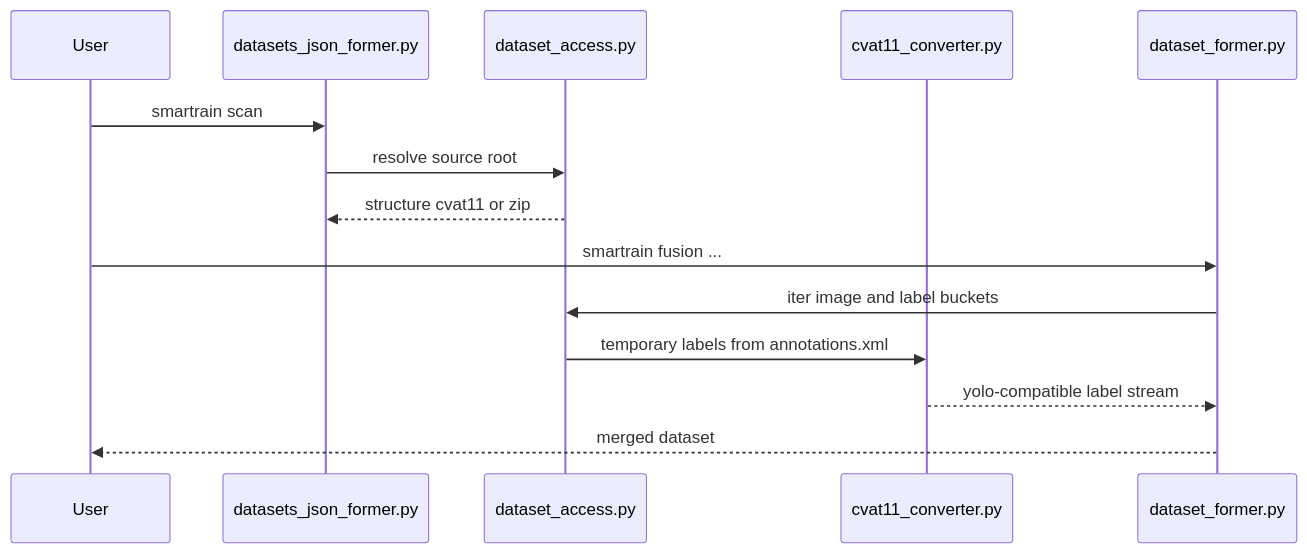
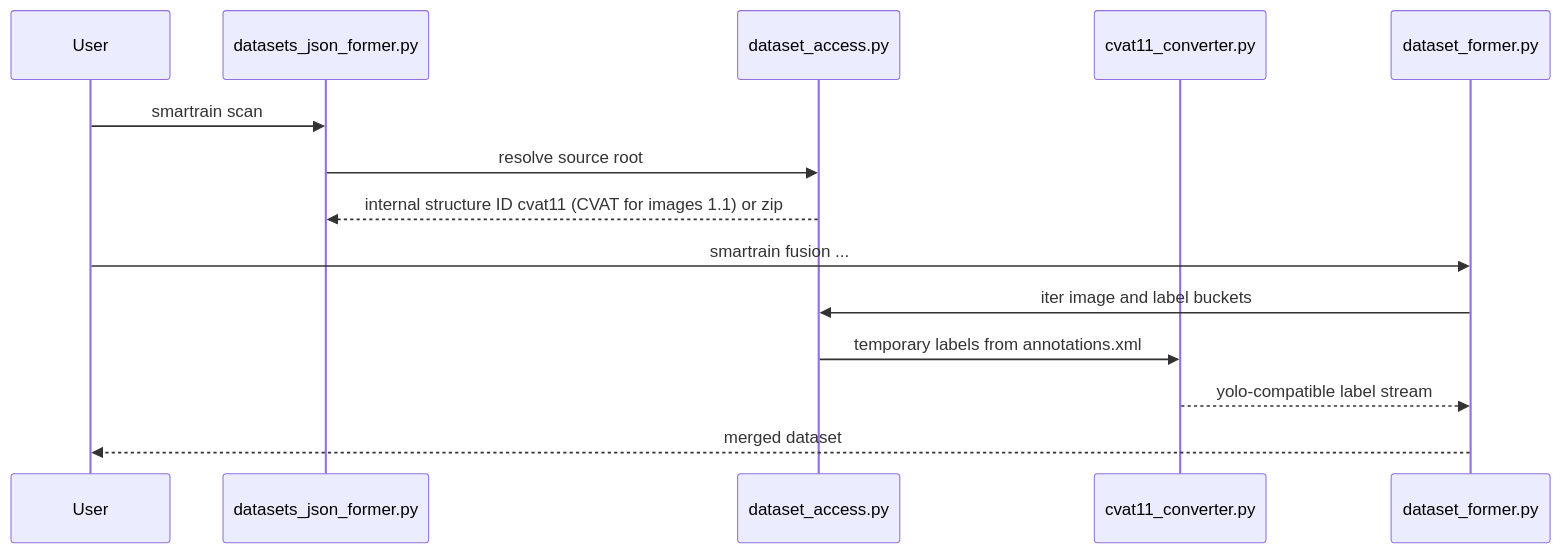
One commit to aicommunity/SmarTrain changed the sixth of 6 diagrams in docs/development/architecture.md. Above: the diagram before and after it, drawn with Mermaid. The commit also changed other lines of this file and 12 other files, not shown here.

````diff
--- a/docs/development/architecture.md
+++ b/docs/development/architecture.md
@@ -105,16 +105,16 @@
 ```mermaid
 sequenceDiagram
   participant User
   participant Scan as datasets_json_former.py
   participant Access as dataset_access.py
   participant CVAT as cvat11_converter.py
   participant Fusion as dataset_former.py
   User->>Scan: smartrain scan
   Scan->>Access: resolve source root
-  Access-->>Scan: structure cvat11 or zip
+  Access-->>Scan: internal structure ID cvat11 (CVAT for images 1.1) or zip
   User->>Fusion: smartrain fusion ...
   Fusion->>Access: iter image and label buckets
   Access->>CVAT: temporary labels from annotations.xml
   CVAT-->>Fusion: yolo-compatible label stream
   Fusion-->>User: merged dataset
 ```
````
